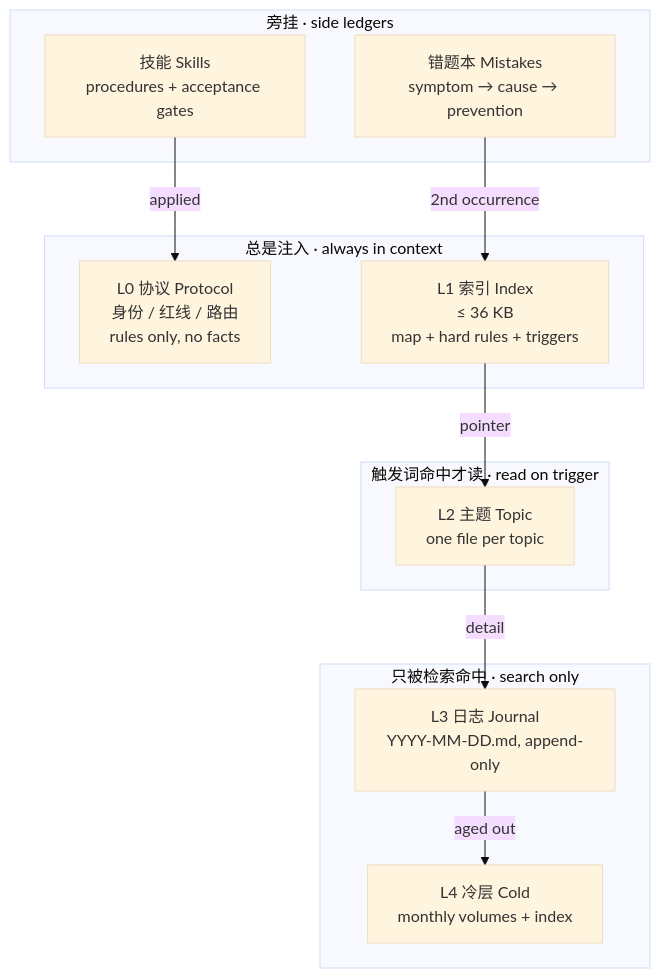
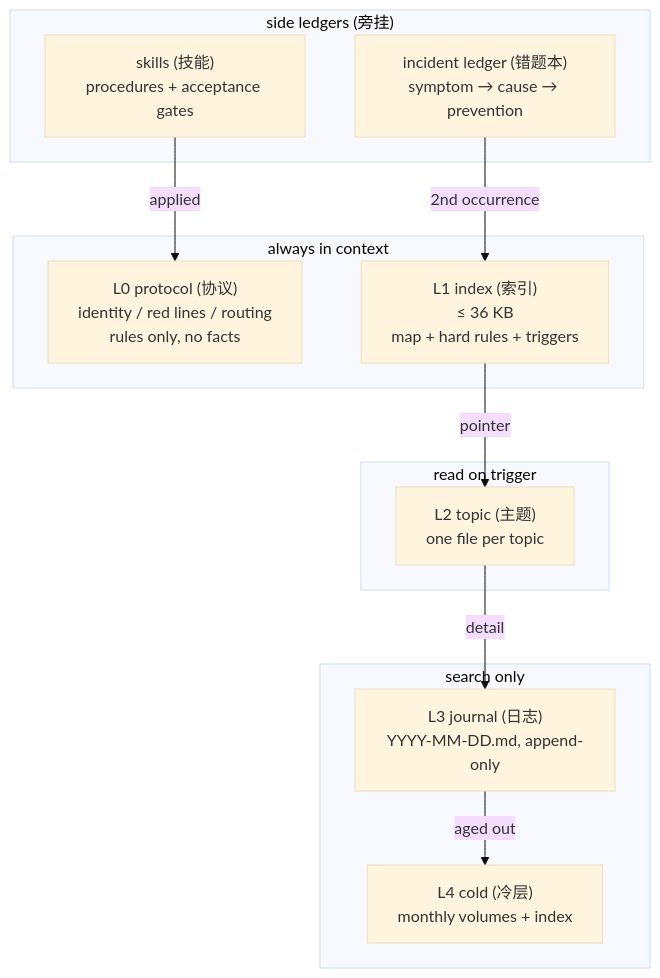
Before and after one commit to SquareXRay/longmem: the diagram in README.md, drawn with Mermaid (base theme). The commit also changed other lines of this file and 6 other files, not shown here.

````diff
--- a/README.md
+++ b/README.md
@@ -50,23 +46,23 @@
 ```mermaid
 flowchart TB
-    subgraph ALWAYS["总是注入 · always in context"]
-        L0["L0 协议 Protocol<br/>身份 / 红线 / 路由<br/>rules only, no facts"]
-        L1["L1 索引 Index<br/>≤ 36 KB<br/>map + hard rules + triggers"]
+    subgraph ALWAYS["always in context"]
+        L0["L0 protocol (协议)<br/>identity / red lines / routing<br/>rules only, no facts"]
+        L1["L1 index (索引)<br/>≤ 36 KB<br/>map + hard rules + triggers"]
     end
-    subgraph TRIGGER["触发词命中才读 · read on trigger"]
-        L2["L2 主题 Topic<br/>one file per topic"]
+    subgraph TRIGGER["read on trigger"]
+        L2["L2 topic (主题)<br/>one file per topic"]
     end
-    subgraph SEARCH["只被检索命中 · search only"]
-        L3["L3 日志 Journal<br/>YYYY-MM-DD.md, append-only"]
-        L4["L4 冷层 Cold<br/>monthly volumes + index"]
+    subgraph SEARCH["search only"]
+        L3["L3 journal (日志)<br/>YYYY-MM-DD.md, append-only"]
+        L4["L4 cold (冷层)<br/>monthly volumes + index"]
     end
-    subgraph META["旁挂 · side ledgers"]
-        M["错题本 Mistakes<br/>symptom → cause → prevention"]
-        S["技能 Skills<br/>procedures + acceptance gates"]
+    subgraph META["side ledgers (旁挂)"]
+        M["incident ledger (错题本)<br/>symptom → cause → prevention"]
+        S["skills (技能)<br/>procedures + acceptance gates"]
     end
     L1 -->|pointer| L2
     L2 -->|detail| L3
     L3 -->|aged out| L4
     M -->|2nd occurrence| L1
     S -->|applied| L0
 ```
````
